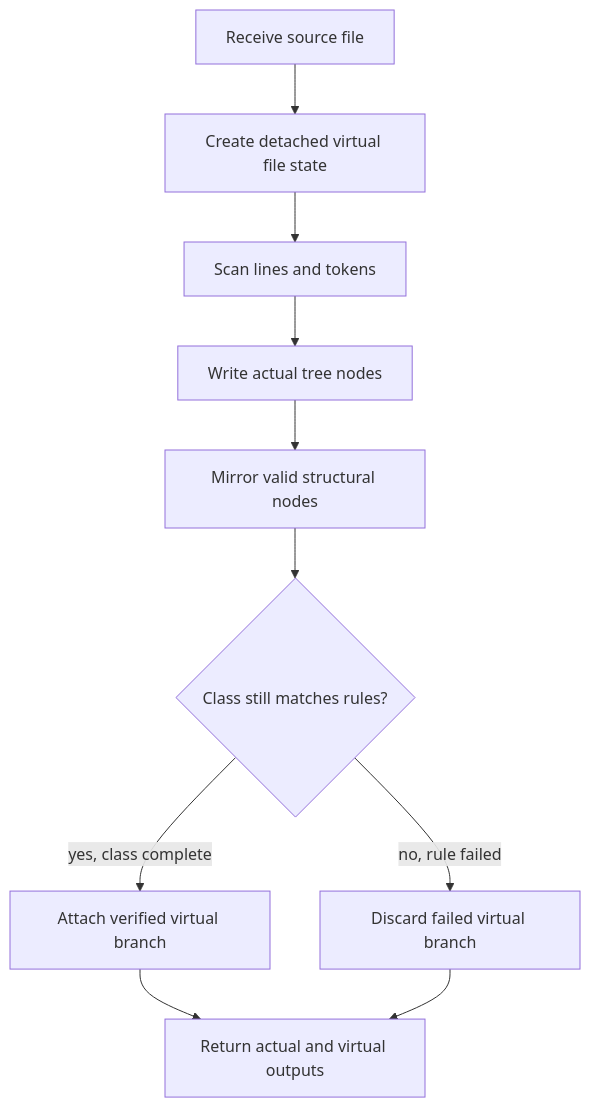
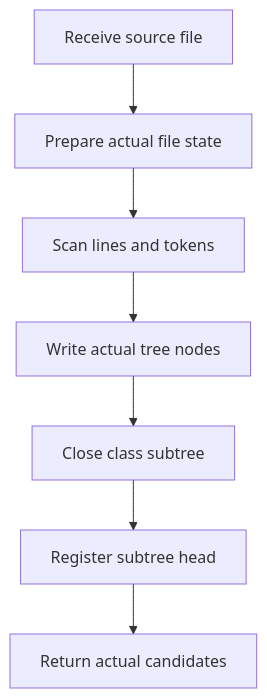
The diagram in docs/Codebase/Microservice/Modules/Source/Trees/ClassGeneration/Actual/Internal/build.cpp.md (JohnAndrewBalbarosa/NeoTerritory), drawn with Mermaid before and after one commit. The commit also changed other lines of this file and 717 other files, not shown here.

````diff
--- a/docs/Codebase/Microservice/Modules/Source/Trees/ClassGeneration/Actual/Internal/build.cpp.md
+++ b/docs/Codebase/Microservice/Modules/Source/Trees/ClassGeneration/Actual/Internal/build.cpp.md
@@ -19,22 +19,12 @@
 ```mermaid
 flowchart TD
     A["Receive source file"]
-    B["Create detached virtual file state"]
+    B["Prepare actual file state"]
     C["Scan lines and tokens"]
     D["Write actual tree nodes"]
-    E["Mirror valid structural nodes"]
-    F{"Class still matches rules?"}
-    G["Attach verified virtual branch"]
-    H["Discard failed virtual branch"]
-    I["Return actual and virtual outputs"]
+    E["Close class subtree"]
+    F["Register subtree head"]
+    G["Return actual candidates"]
 
-    A --> B
-    B --> C
-    C --> D
-    D --> E
-    E --> F
-    F -->|yes, class complete| G
-    F -->|no, rule failed| H
-    G --> I
-    H --> I
+    A --> B --> C --> D --> E --> F --> G
 ```
````
